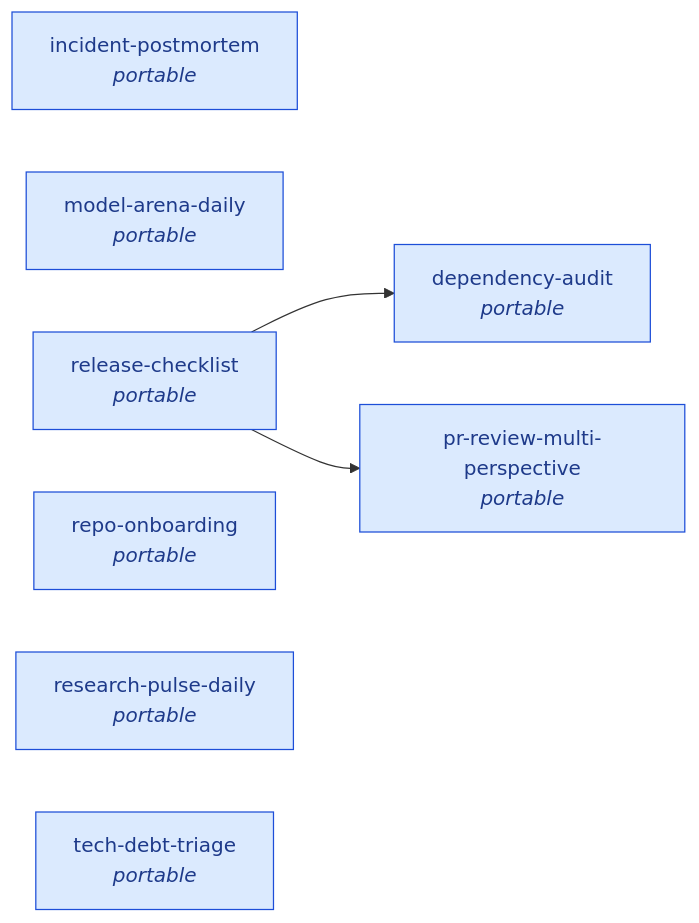
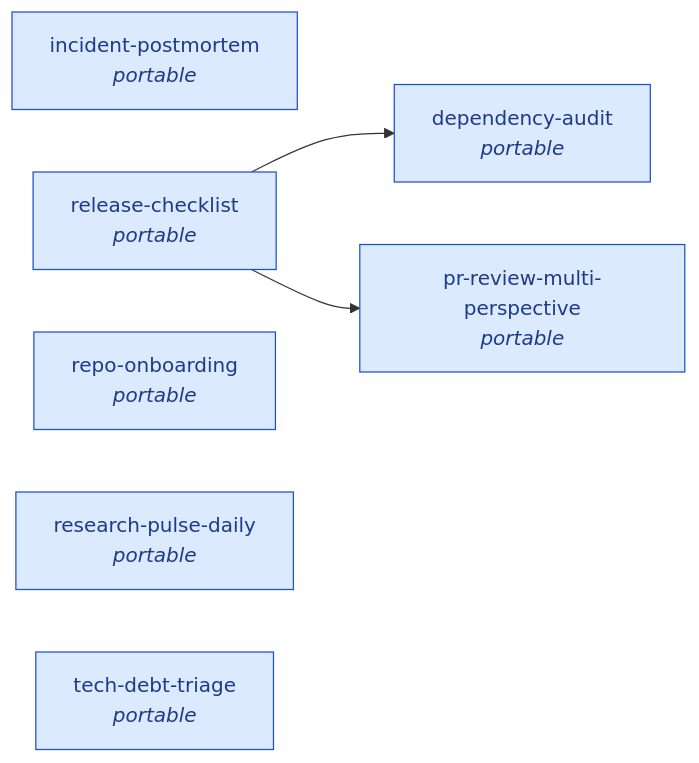
One commit to frankxai/agentic-creator-os changed the diagram in docs/ops/WORKFLOWS.md. Above: the diagram before and after it, drawn with Mermaid. The commit also changed other lines of this file and 11 other files, not shown here.

First line of the commit message:
chore: remove the model-arena fork — ACOS consumes published model intelligence instead (#45)

````diff
--- a/docs/ops/WORKFLOWS.md
+++ b/docs/ops/WORKFLOWS.md
@@ -23,23 +22,21 @@
 ```mermaid
 graph LR
   dependency-audit["dependency-audit<br/><i>portable</i>"]
   incident-postmortem["incident-postmortem<br/><i>portable</i>"]
-  model-arena-daily["model-arena-daily<br/><i>portable</i>"]
   pr-review-multi-perspective["pr-review-multi-perspective<br/><i>portable</i>"]
   release-checklist["release-checklist<br/><i>portable</i>"]
   release-checklist-->dependency-audit
   release-checklist-->pr-review-multi-perspective
   repo-onboarding["repo-onboarding<br/><i>portable</i>"]
   research-pulse-daily["research-pulse-daily<br/><i>portable</i>"]
   tech-debt-triage["tech-debt-triage<br/><i>portable</i>"]
   classDef portable fill:#dbeafe,stroke:#1d4ed8,color:#1e3a8a
   classDef frankx fill:#fef3c7,stroke:#b45309,color:#78350f
   class dependency-audit portable
   class incident-postmortem portable
-  class model-arena-daily portable
   class pr-review-multi-perspective portable
   class release-checklist portable
   class repo-onboarding portable
   class research-pulse-daily portable
   class tech-debt-triage portable
 ```
````
